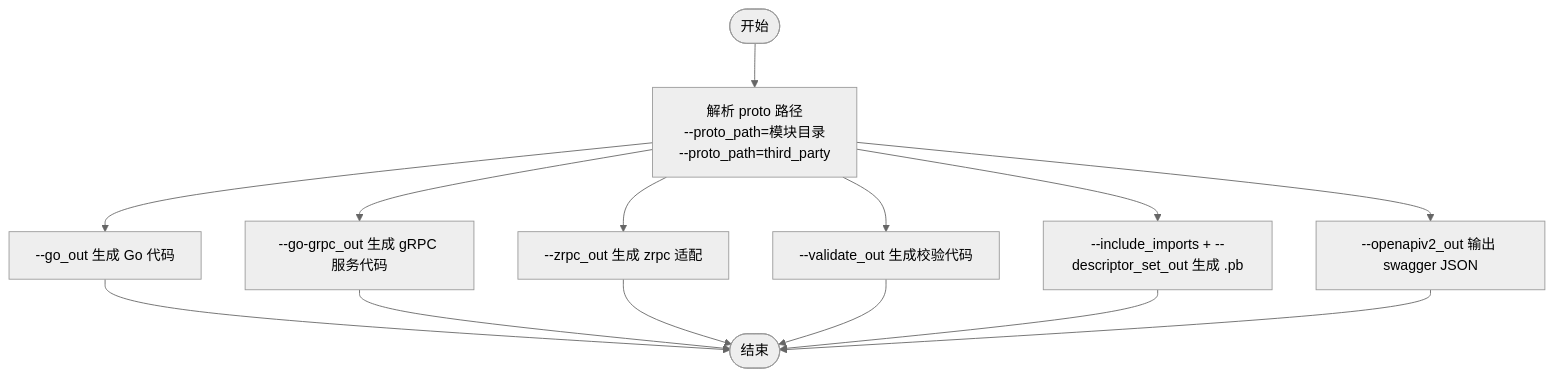
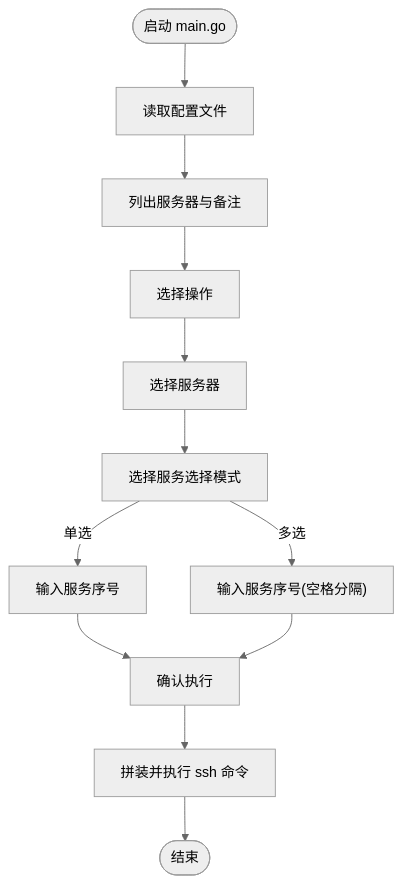
One commit to maomao94/zero-service changed the third of 6 diagrams in .qoder/repowiki/zh/content/开发指南/代码生成工具.md. Above: the diagram before and after it, drawn with Mermaid (neutral theme). The commit also changed other lines of this file and 362 other files, not shown here.

````diff
--- a/.qoder/repowiki/zh/content/开发指南/代码生成工具.md
+++ b/.qoder/repowiki/zh/content/开发指南/代码生成工具.md
@@ -195,16 +193,14 @@
 ```mermaid
 flowchart TD
-Start(["开始"]) --> Parse["解析 proto 路径<br/>--proto_path=模块目录<br/>--proto_path=third_party"]
-Parse --> GenGo["--go_out 生成 Go 代码"]
-Parse --> GenGrpc["--go-grpc_out 生成 gRPC 服务代码"]
-Parse --> GenZrpc["--zrpc_out 生成 zrpc 适配"]
-Parse --> GenValidate["--validate_out 生成校验代码"]
-Parse --> GenDesc["--include_imports + --descriptor_set_out 生成 .pb"]
-Parse --> GenSwagger["--openapiv2_out 输出 swagger JSON"]
-GenGo --> End(["结束"])
-GenGrpc --> End
-GenZrpc --> End
-GenValidate --> End
-GenDesc --> End
-GenSwagger --> End
+Start(["启动 main.go"]) --> LoadCfg["读取配置文件"]
+LoadCfg --> ListServers["列出服务器与备注"]
+ListServers --> SelectOp["选择操作"]
+SelectOp --> SelectServer["选择服务器"]
+SelectServer --> SelectMode["选择服务选择模式"]
+SelectMode --> |单选| SingleSel["输入服务序号"]
+SelectMode --> |多选| MultiSel["输入服务序号(空格分隔)"]
+SingleSel --> Confirm["确认执行"]
+MultiSel --> Confirm
+Confirm --> ExecCmd["拼装并执行 ssh 命令"]
+ExecCmd --> End(["结束"])
 ```
````
